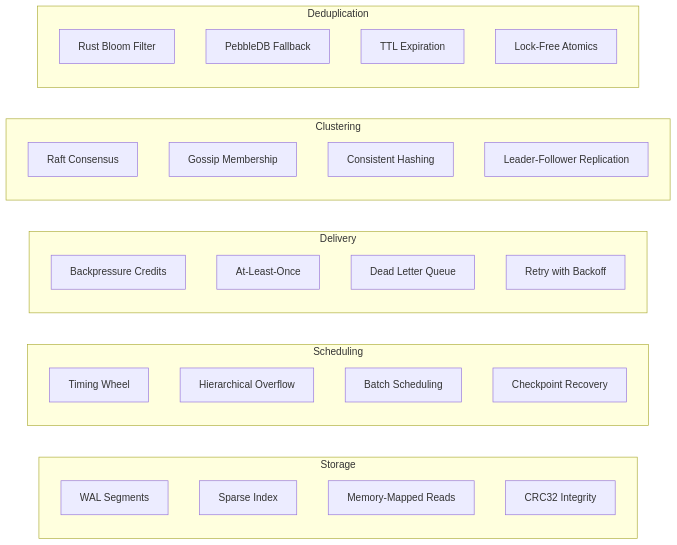
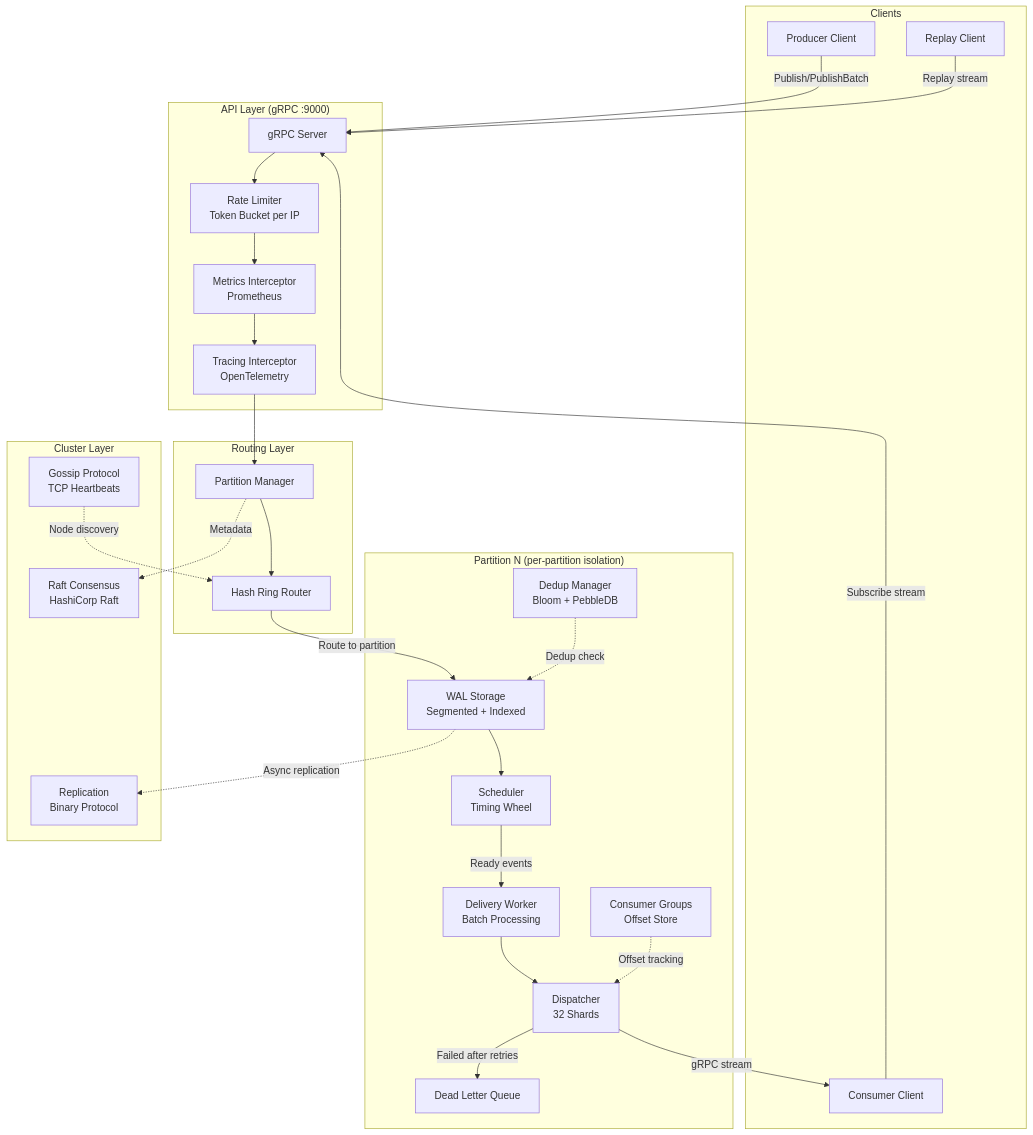
One commit to jatin711-debug/cronos_db_golang changed the first of 39 diagrams in ARCHITECTURE.md. Above: the diagram before and after it, drawn with Mermaid. The commit also changed other lines of this file and 3 other files, not shown here.

````diff
--- a/ARCHITECTURE.md
+++ b/ARCHITECTURE.md
@@ -41,37 +41,54 @@
 ```mermaid
-graph LR
-    subgraph Storage
-        A1[WAL Segments]
-        A2[Sparse Index]
-        A3[Memory-Mapped Reads]
-        A4[CRC32 Integrity]
+graph TB
+    subgraph Clients
+        C1[Producer Client]
+        C2[Consumer Client]
+        C3[Replay Client]
     end
 
-    subgraph Scheduling
-        B1[Timing Wheel]
-        B2[Hierarchical Overflow]
-        B3[Batch Scheduling]
-        B4[Checkpoint Recovery]
+    subgraph "API Layer (gRPC :9000)"
+        GW[gRPC Server]
+        RL[Rate Limiter<br/>Token Bucket per IP]
+        MT[Metrics Interceptor<br/>Prometheus]
+        TR[Tracing Interceptor<br/>OpenTelemetry]
     end
 
-    subgraph Delivery
-        C1[Backpressure Credits]
-        C2[At-Least-Once]
-        C3[Dead Letter Queue]
-        C4[Retry with Backoff]
+    subgraph "Routing Layer"
+        PM[Partition Manager]
+        HR[Hash Ring Router]
     end
 
-    subgraph Clustering
-        D1[Raft Consensus]
-        D2[Gossip Membership]
-        D3[Consistent Hashing]
-        D4[Leader-Follower Replication]
+    subgraph "Partition N (per-partition isolation)"
+        WAL[WAL Storage<br/>Segmented + Indexed]
+        SCH[Scheduler<br/>Timing Wheel]
+        DD[Dedup Manager<br/>Bloom + PebbleDB]
+        DSP[Dispatcher<br/>32 Shards]
+        WRK[Delivery Worker<br/>Batch Processing]
+        CG[Consumer Groups<br/>Offset Store]
+        DLQ[Dead Letter Queue]
     end
 
-    subgraph Deduplication
-        E1[Rust Bloom Filter]
-        E2[PebbleDB Fallback]
-        E3[TTL Expiration]
-        E4[Lock-Free Atomics]
+    subgraph "Cluster Layer"
+        RAFT[Raft Consensus<br/>HashiCorp Raft]
+        GOSSIP[Gossip Protocol<br/>TCP Heartbeats]
+        REPL[Replication<br/>Binary Protocol]
     end
+
+    C1 -->|Publish/PublishBatch| GW
+    C2 -->|Subscribe stream| GW
+    C3 -->|Replay stream| GW
+    GW --> RL --> MT --> TR
+    TR --> PM
+    PM --> HR
+    HR -->|Route to partition| WAL
+    WAL --> SCH
+    SCH -->|Ready events| WRK
+    WRK --> DSP
+    DSP -->|gRPC stream| C2
+    DSP -->|Failed after retries| DLQ
+    DD -.->|Dedup check| WAL
+    CG -.->|Offset tracking| DSP
+    WAL -.->|Async replication| REPL
+    PM -.->|Metadata| RAFT
+    GOSSIP -.->|Node discovery| HR
 ```
````
